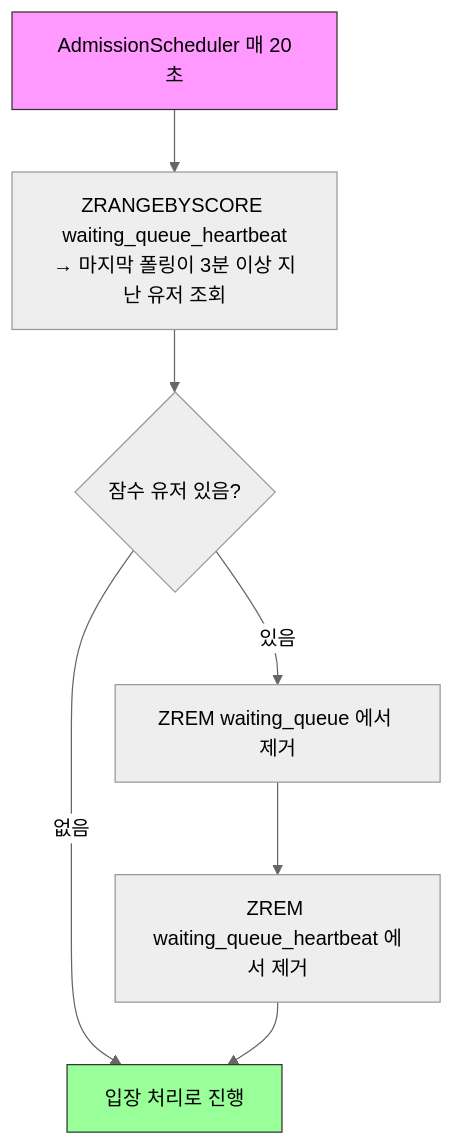
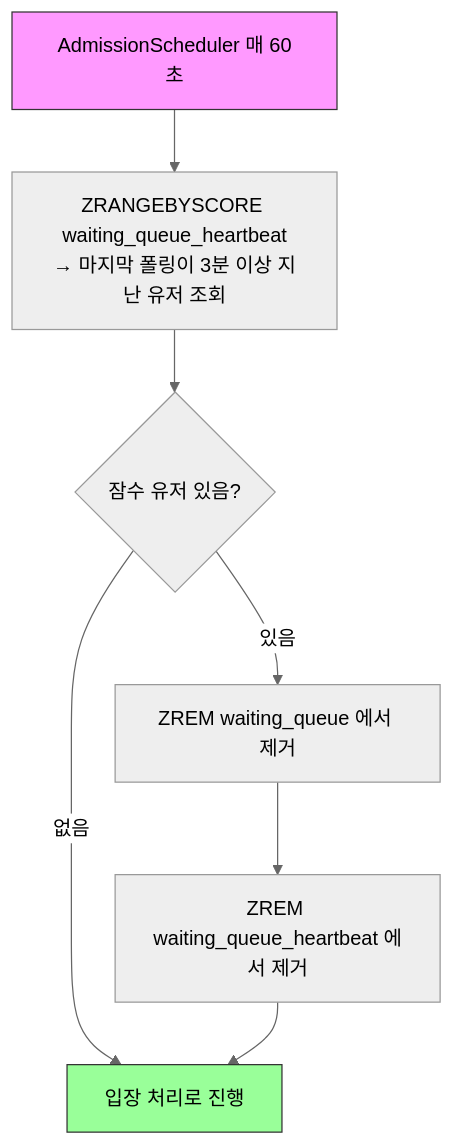
One commit to irnd04/zticket changed the third of 7 diagrams in README.md. Above: the diagram before and after it, drawn with Mermaid (neutral theme). The commit also changed other lines of this file and 3 other files, not shown here.

````diff
--- a/README.md
+++ b/README.md
@@ -113,12 +113,12 @@
 ```mermaid
 flowchart TD
-    A[AdmissionScheduler 매 20초] --> B["ZRANGEBYSCORE waiting_queue_heartbeat<br/>→ 마지막 폴링이 3분 이상 지난 유저 조회"]
+    A[AdmissionScheduler 매 60초] --> B["ZRANGEBYSCORE waiting_queue_heartbeat<br/>→ 마지막 폴링이 3분 이상 지난 유저 조회"]
     B --> C{잠수 유저 있음?}
     C -- 없음 --> END[입장 처리로 진행]
     C -- 있음 --> D[ZREM waiting_queue 에서 제거]
     D --> E[ZREM waiting_queue_heartbeat 에서 제거]
     E --> END
 
     style A fill:#f9f,stroke:#333
     style END fill:#9f9,stroke:#333
 ```
````
